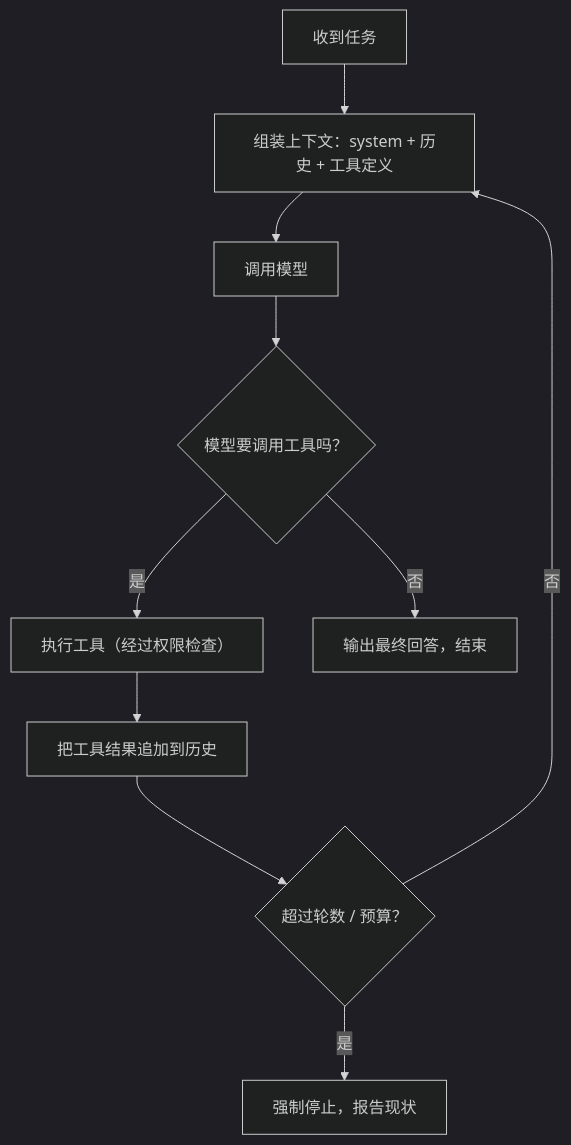
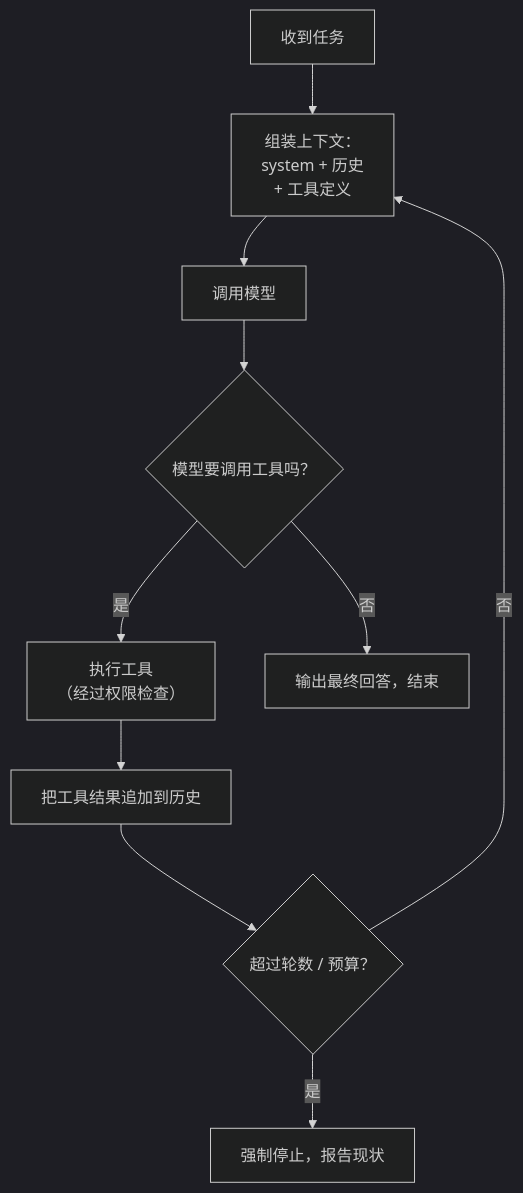
Before and after one commit to jarvis-pro/hatch-shelf: the first of 2 diagrams in books/agent-principles/02-agent-loop.md, drawn with Mermaid (dark theme). The commit also changed other lines of this file and 432 other files, not shown here.

````diff
--- a/books/agent-principles/02-agent-loop.md
+++ b/books/agent-principles/02-agent-loop.md
@@ -9,12 +9,12 @@
 ```mermaid
 flowchart TD
-  S["收到任务"] --> C["组装上下文：system + 历史 + 工具定义"]
+  S["收到任务"] --> C["组装上下文：<br/>system + 历史<br/>+ 工具定义"]
   C --> M["调用模型"]
   M --> D{"模型要调用工具吗？"}
-  D -->|"是"| X["执行工具（经过权限检查）"]
+  D -->|"是"| X["执行工具<br/>（经过权限检查）"]
   X --> R["把工具结果追加到历史"]
   R --> G{"超过轮数 / 预算？"}
   G -->|"否"| C
   G -->|"是"| F["强制停止，报告现状"]
   D -->|"否"| E["输出最终回答，结束"]
 ```
````
